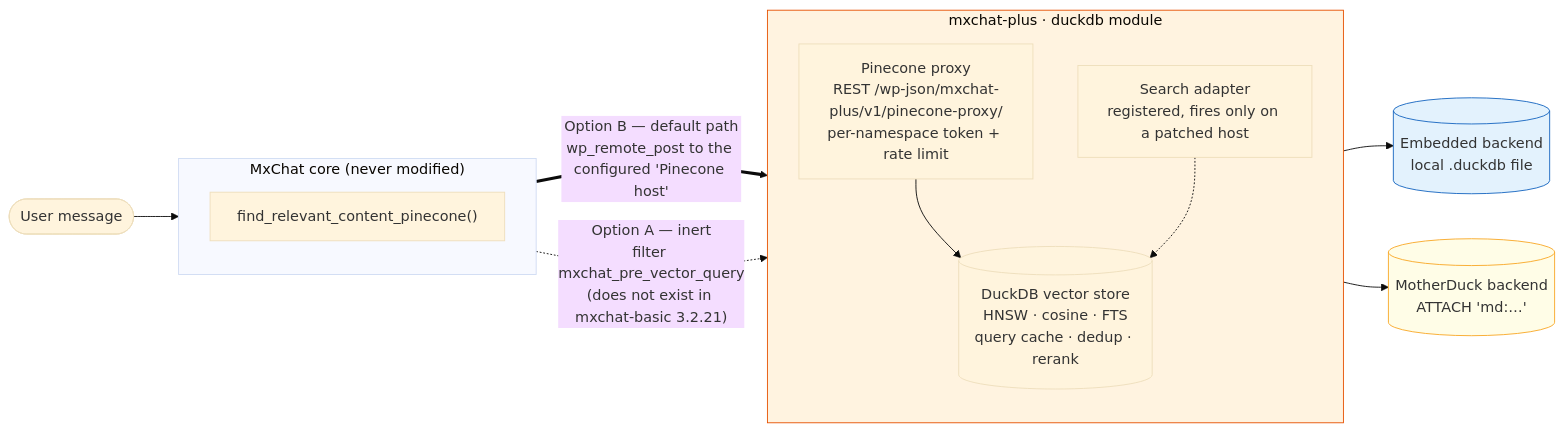
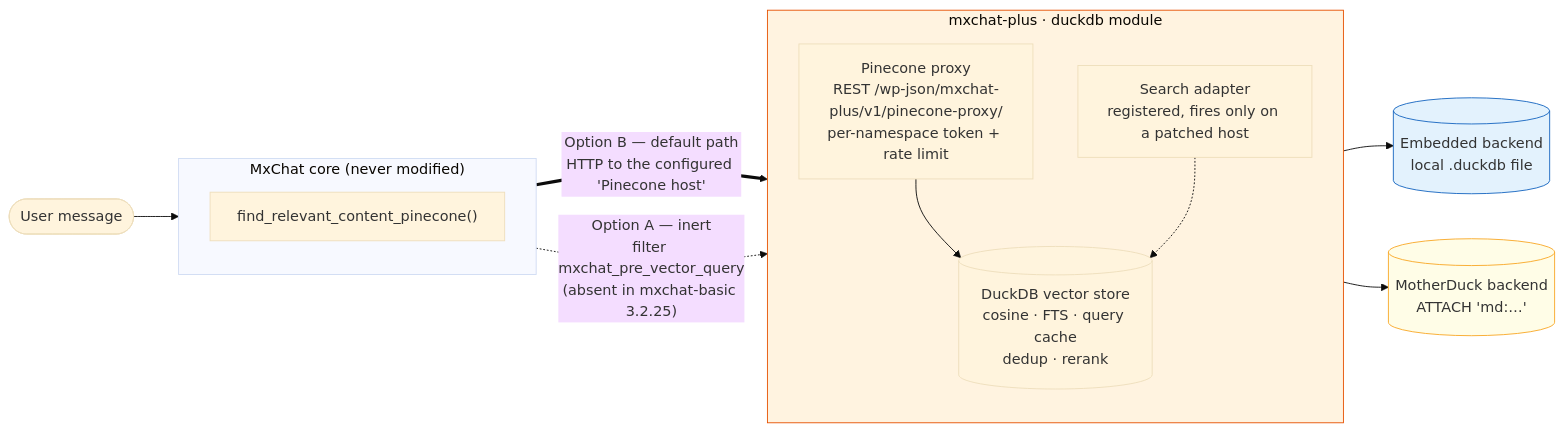
One commit to PaulArgoud/MxChat-Plus changed the first of 2 diagrams in docs/duckdb/ARCHITECTURE.md. Above: the diagram before and after it, drawn with Mermaid (base theme). The commit also changed other lines of this file and 101 other files, not shown here.

````diff
--- a/docs/duckdb/ARCHITECTURE.md
+++ b/docs/duckdb/ARCHITECTURE.md
@@ -21,29 +26,29 @@
 ```mermaid
 flowchart LR
     User([User message])
     User --> MxChat
 
     subgraph MxChat["MxChat core (never modified)"]
         direction TB
         Find["find_relevant_content_pinecone()"]
     end
 
-    Find ==>|"Option B — default path<br/>wp_remote_post to the configured 'Pinecone host'"| Proxy
-    Find -.->|"Option A — inert<br/>filter mxchat_pre_vector_query<br/>(does not exist in mxchat-basic 3.2.21)"| Adapter
+    Find ==>|"Option B — default path<br/>HTTP to the configured 'Pinecone host'"| Proxy
+    Find -.->|"Option A — inert<br/>filter mxchat_pre_vector_query<br/>(absent in mxchat-basic 3.2.25)"| Adapter
 
     subgraph Plugin["mxchat-plus · duckdb module"]
         direction TB
         Proxy["Pinecone proxy<br/>REST /wp-json/mxchat-plus/v1/pinecone-proxy/<br/>per-namespace token + rate limit"]
         Adapter["Search adapter<br/>registered, fires only on a patched host"]
-        Store[("DuckDB vector store<br/>HNSW · cosine · FTS<br/>query cache · dedup · rerank")]
+        Store[("DuckDB vector store<br/>cosine · FTS · query cache<br/>dedup · rerank")]
         Proxy --> Store
         Adapter -.-> Store
     end
 
     Store --> Embedded[("Embedded backend<br/>local .duckdb file")]
     Store --> MotherDuck[("MotherDuck backend<br/>ATTACH 'md:…'")]
 
     style Plugin fill:#fff3e0,stroke:#e65100
     style Embedded fill:#e3f2fd,stroke:#1565c0
     style MotherDuck fill:#fffde7,stroke:#f9a825
 ```
````
